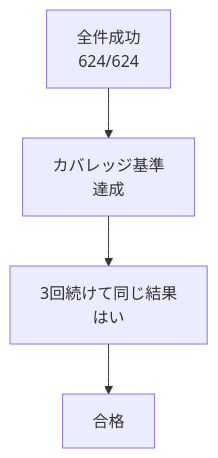
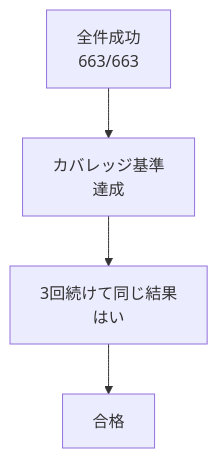
One commit to pocarialice/rpglearning changed the third of 3 diagrams in documents/モジュールテスト結果報告書_RPG学習アプリ.md. Above: the diagram before and after it, drawn with Mermaid. The commit also changed other lines of this file and 1 other file, not shown here.

````diff
--- a/documents/モジュールテスト結果報告書_RPG学習アプリ.md
+++ b/documents/モジュールテスト結果報告書_RPG学習アプリ.md
@@ -1325,6 +1376,6 @@
 ```mermaid
 flowchart TD
-  A["全件成功<br>624/624"] --> B["カバレッジ基準<br>達成"]
+  A["全件成功<br>663/663"] --> B["カバレッジ基準<br>達成"]
   B --> C["3回続けて同じ結果<br>はい"]
   C --> D["合格"]
 ```
````
